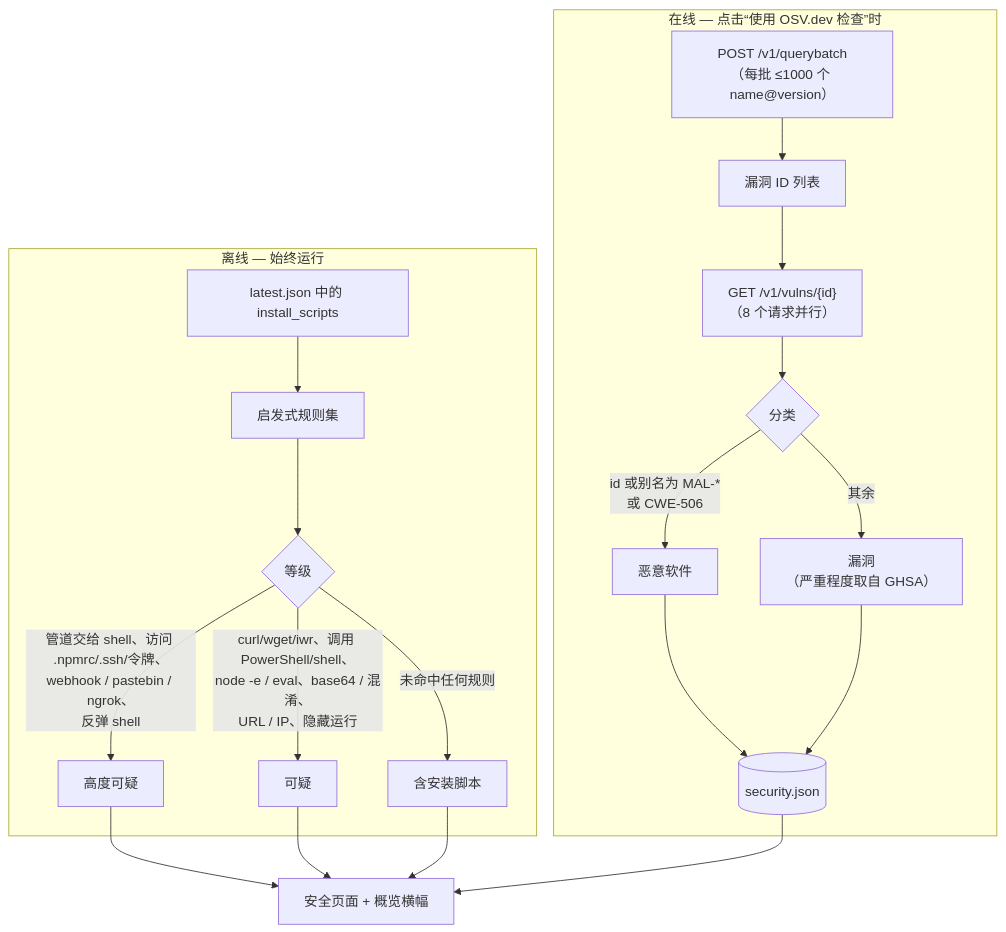
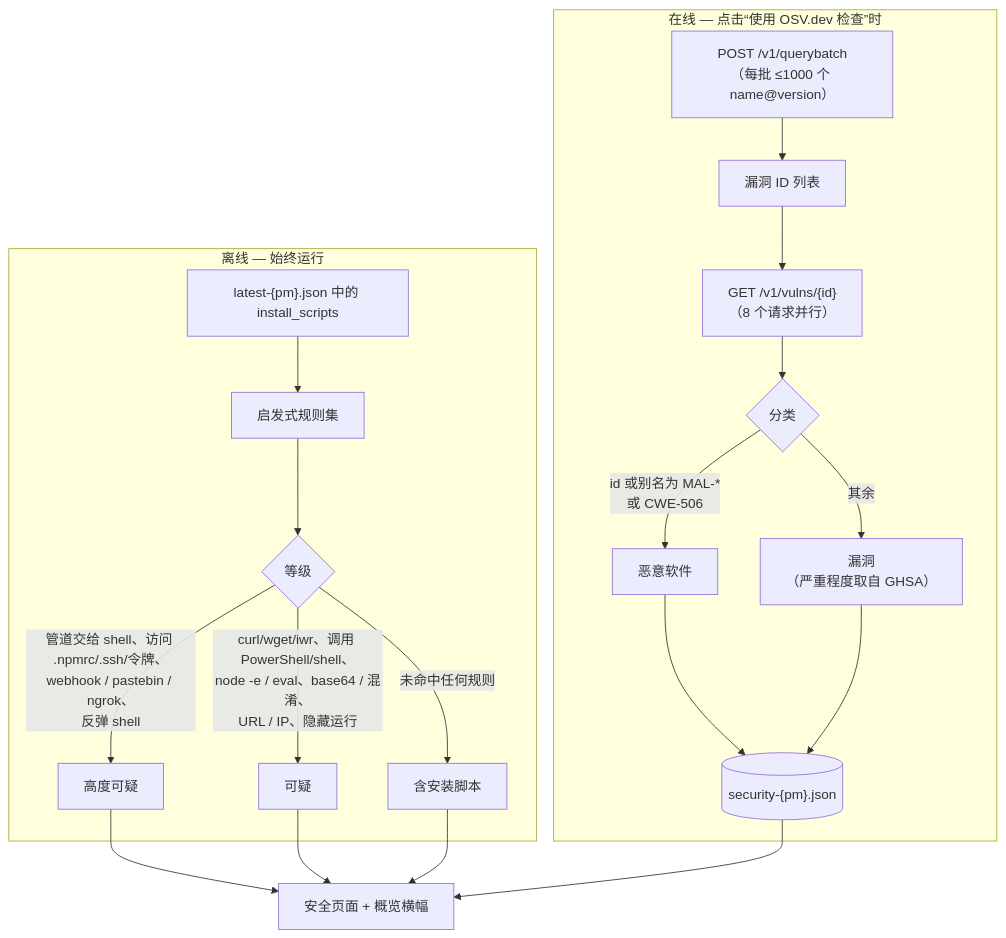
One commit to phanhuyyy/libpack-guard changed the seventh of 12 diagrams in docs/zh-CN/workflows.md. Above: the diagram before and after it, drawn with Mermaid. The commit also changed other lines of this file and 50 other files, not shown here.

````diff
--- a/docs/zh-CN/workflows.md
+++ b/docs/zh-CN/workflows.md
@@ -175,25 +175,25 @@
 ```mermaid
 flowchart TB
     subgraph Offline["离线 — 始终运行"]
-        S1["latest.json 中的 install_scripts"] --> H["启发式规则集"]
+        S1["latest-{pm}.json 中的 install_scripts"] --> H["启发式规则集"]
         H --> Lv{"等级"}
         Lv -- "管道交给 shell、访问 .npmrc/.ssh/令牌、<br/>webhook / pastebin / ngrok、<br/>反弹 shell" --> Crit["高度可疑"]
         Lv -- "curl/wget/iwr、调用 PowerShell/shell、<br/>node -e / eval、base64 / 混淆、<br/>URL / IP、隐藏运行" --> High["可疑"]
         Lv -- "未命中任何规则" --> Info["含安装脚本"]
     end
 
     subgraph Online["在线 — 点击“使用 OSV.dev 检查”时"]
         Q["POST /v1/querybatch<br/>（每批 ≤1000 个 name@version）"] --> Ids["漏洞 ID 列表"]
         Ids --> Det["GET /v1/vulns/{id}<br/>（8 个请求并行）"]
         Det --> Cls{"分类"}
         Cls -- "id 或别名为 MAL-*<br/>或 CWE-506" --> Mal["恶意软件"]
         Cls -- "其余" --> Vul["漏洞<br/>（严重程度取自 GHSA）"]
-        Mal --> SJ[("security.json")]
+        Mal --> SJ[("security-{pm}.json")]
         Vul --> SJ
     end
 
     Crit --> Page["安全页面 + 概览横幅"]
     High --> Page
     Info --> Page
     SJ --> Page
 ```
````
